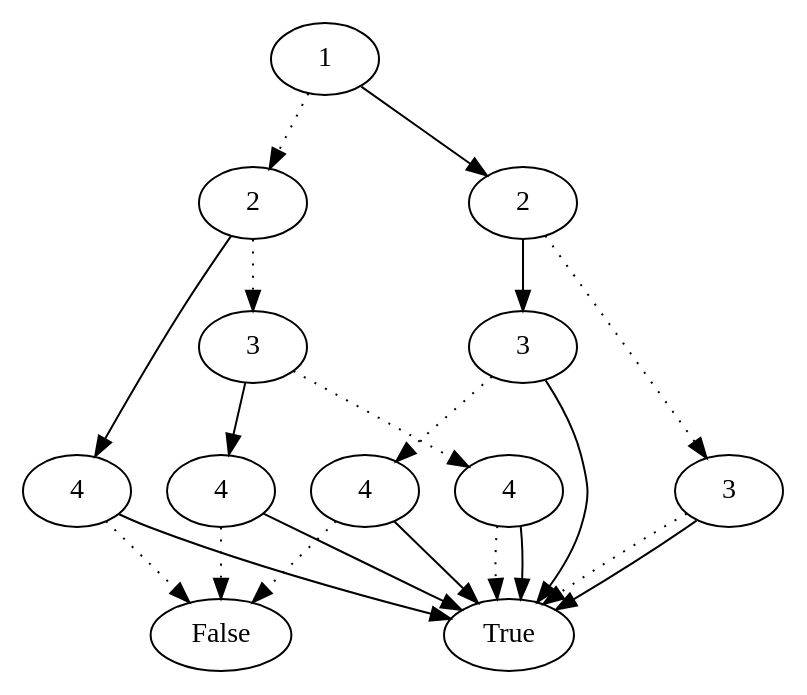
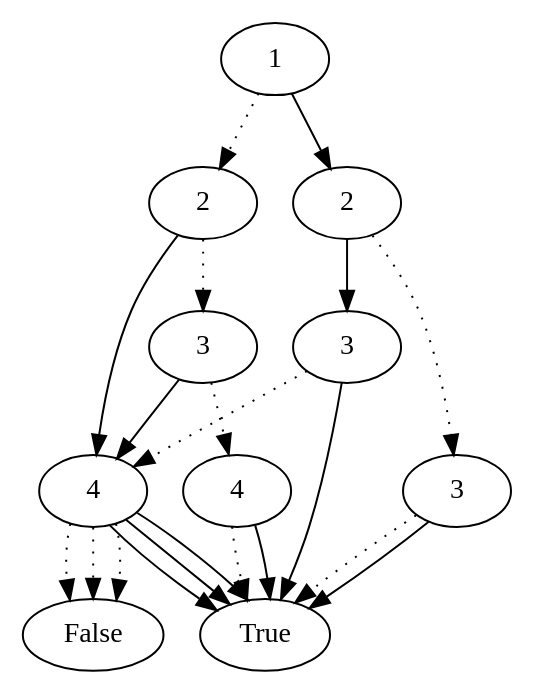
One commit to Tinshea/Zero-Suppressed-Binary-Decision-Diagram changed the diagram in monfichier.dot. Above: the diagram before and after it, drawn with Graphviz. The commit also changed 4 other files, not shown here.

```diff
--- a/monfichier.dot
+++ b/monfichier.dot
@@ -1,43 +1,43 @@
 digraph  {
-  70357272520704 [label = 1];
-  70357272520704 -> 70357272528288 [style=dotted] 
-  70357272520704 -> 70357272522780  
-  70357272528288 [label = 2];
-  70357272528288 -> 70357272530884 [style=dotted] 
-  70357272528288 -> 70357272530008  
-  70357272530884 [label = 3];
-  70357272530884 -> 70357272532352 [style=dotted] 
-  70357272530884 -> 70357272531556  
-  70357272532352 [label = 4];
-  70357272532352 -> 70357272532784 [style=dotted] 
-  70357272532352 -> 70357272532784  
- 70357272532784 [label = True] 
- 70357272532784 [label = True] 
-  70357272531556 [label = 4];
-  70357272531556 -> 70357272532112 [style=dotted] 
-  70357272531556 -> 70357272532784  
-  70357272532112 [label = False] 
- 70357272532784 [label = True] 
-  70357272530008 [label = 4];
-  70357272530008 -> 70357272532112 [style=dotted] 
-  70357272530008 -> 70357272532784  
-  70357272532112 [label = False] 
- 70357272532784 [label = True] 
-  70357272522780 [label = 2];
-  70357272522780 -> 70357272526512 [style=dotted] 
-  70357272522780 -> 70357272524064  
-  70357272526512 [label = 3];
-  70357272526512 -> 70357272532784 [style=dotted] 
-  70357272526512 -> 70357272532784  
- 70357272532784 [label = True] 
- 70357272532784 [label = True] 
-  70357272524064 [label = 3];
-  70357272524064 -> 70357272525408 [style=dotted] 
-  70357272524064 -> 70357272532784  
-  70357272525408 [label = 4];
-  70357272525408 -> 70357272532112 [style=dotted] 
-  70357272525408 -> 70357272532784  
-  70357272532112 [label = False] 
- 70357272532784 [label = True] 
- 70357272532784 [label = True] 
+  69971431333548 [label = 1];
+  69971431333548 -> 69971431343028 [style=dotted] 
+  69971431333548 -> 69971431336540  
+  69971431343028 [label = 2];
+  69971431343028 -> 69971431345676 [style=dotted] 
+  69971431343028 -> 69971431346436  
+  69971431345676 [label = 3];
+  69971431345676 -> 69971431347316 [style=dotted] 
+  69971431345676 -> 69971431346436  
+  69971431347316 [label = 4];
+  69971431347316 -> 69971431347744 [style=dotted] 
+  69971431347316 -> 69971431347744  
+ 69971431347744 [label = True] 
+ 69971431347744 [label = True] 
+  69971431346436 [label = 4];
+  69971431346436 -> 69971431347060 [style=dotted] 
+  69971431346436 -> 69971431347744  
+  69971431347060 [label = False] 
+ 69971431347744 [label = True] 
+  69971431346436 [label = 4];
+  69971431346436 -> 69971431347060 [style=dotted] 
+  69971431346436 -> 69971431347744  
+  69971431347060 [label = False] 
+ 69971431347744 [label = True] 
+  69971431336540 [label = 2];
+  69971431336540 -> 69971431340976 [style=dotted] 
+  69971431336540 -> 69971431338472  
+  69971431340976 [label = 3];
+  69971431340976 -> 69971431347744 [style=dotted] 
+  69971431340976 -> 69971431347744  
+ 69971431347744 [label = True] 
+ 69971431347744 [label = True] 
+  69971431338472 [label = 3];
+  69971431338472 -> 69971431346436 [style=dotted] 
+  69971431338472 -> 69971431347744  
+  69971431346436 [label = 4];
+  69971431346436 -> 69971431347060 [style=dotted] 
+  69971431346436 -> 69971431347744  
+  69971431347060 [label = False] 
+ 69971431347744 [label = True] 
+ 69971431347744 [label = True] 
 }
```
